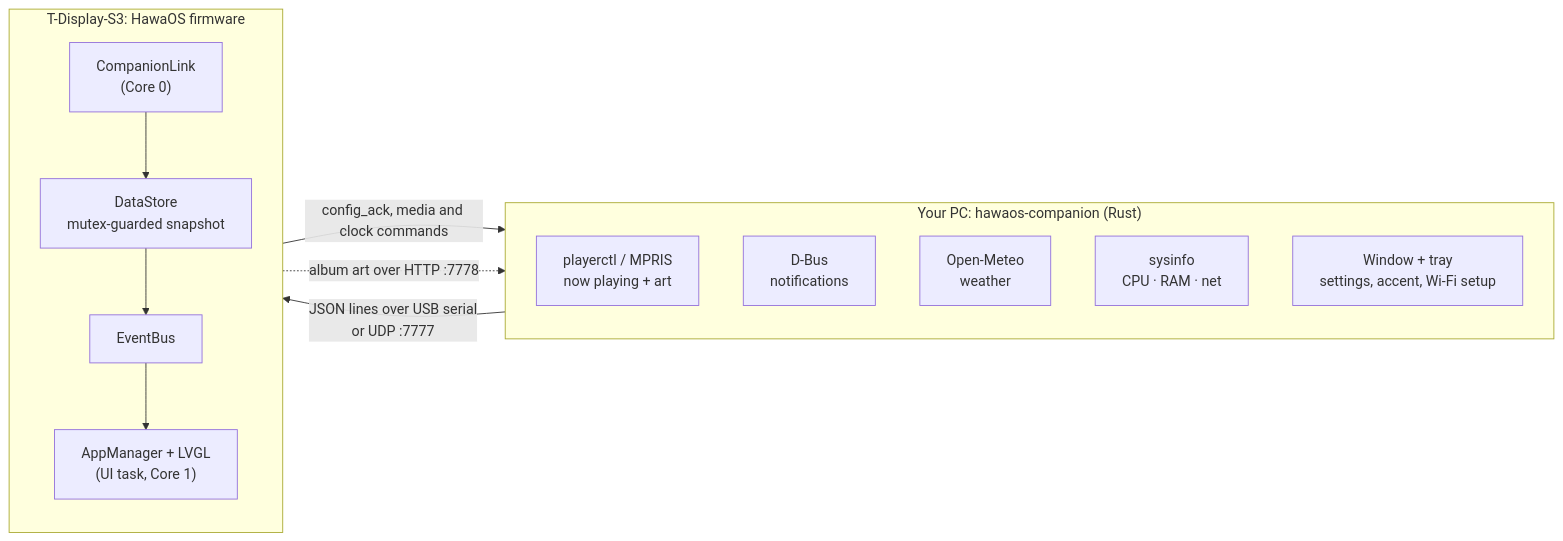
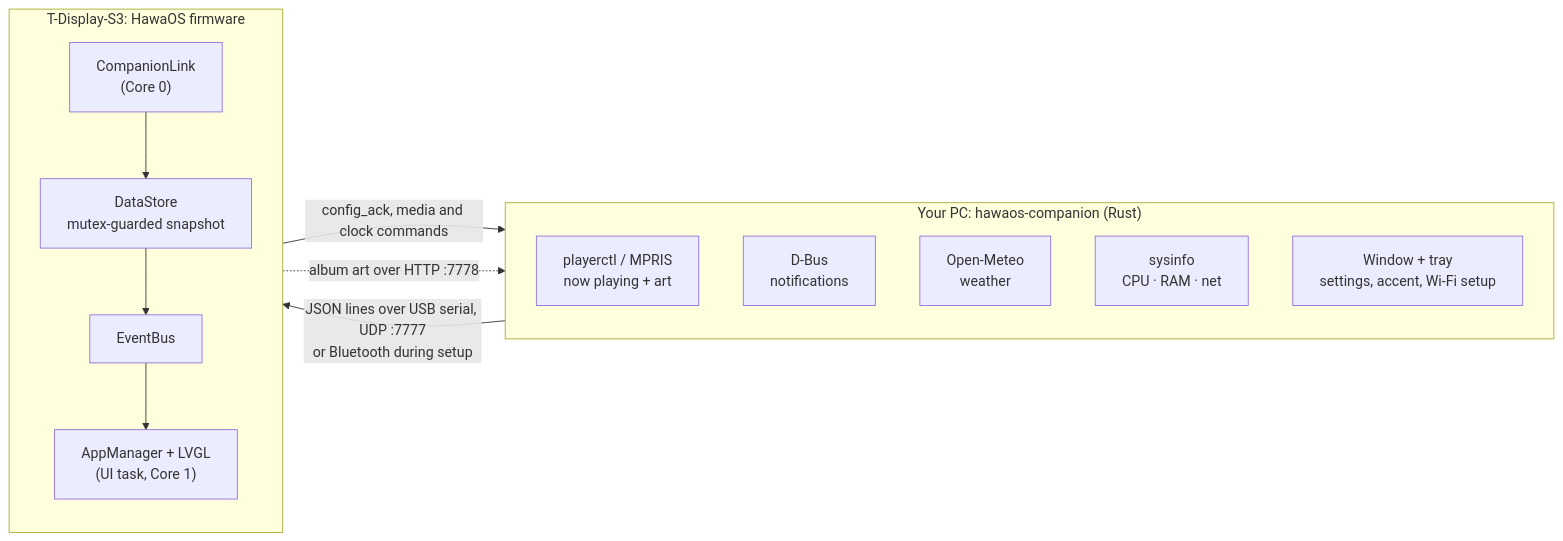
One commit to TheCodeHeist/hawaos-lilygo changed the diagram in README.md. Above: the diagram before and after it, drawn with Mermaid. The commit also changed other lines of this file and 37 other files, not shown here.

````diff
--- a/README.md
+++ b/README.md
@@ -65,21 +65,21 @@
 ```mermaid
 flowchart LR
   subgraph PC["Your PC: hawaos-companion (Rust)"]
     direction TB
     MP["playerctl / MPRIS<br>now playing + art"]
     NT["D-Bus<br>notifications"]
     WX["Open-Meteo<br>weather"]
     SY["sysinfo<br>CPU · RAM · net"]
     UI["Window + tray<br>settings, accent, Wi-Fi setup"]
   end
 
   subgraph DEV["T-Display-S3: HawaOS firmware"]
     direction TB
     CL["CompanionLink<br>(Core 0)"] --> DS["DataStore<br>mutex-guarded snapshot"]
     DS --> EB["EventBus"] --> AM["AppManager + LVGL<br>(UI task, Core 1)"]
   end
 
-  PC -- "JSON lines over USB serial<br>or UDP :7777" --> CL
+  PC -- "JSON lines over USB serial, UDP :7777<br>or Bluetooth during setup" --> CL
   CL -- "config_ack, media and clock commands" --> PC
   DEV -. "album art over HTTP :7778" .-> PC
 ```
````
